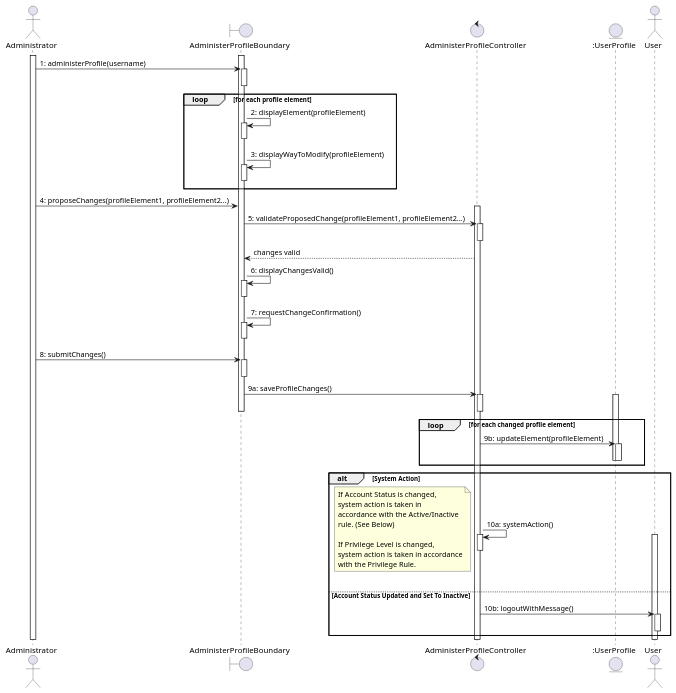
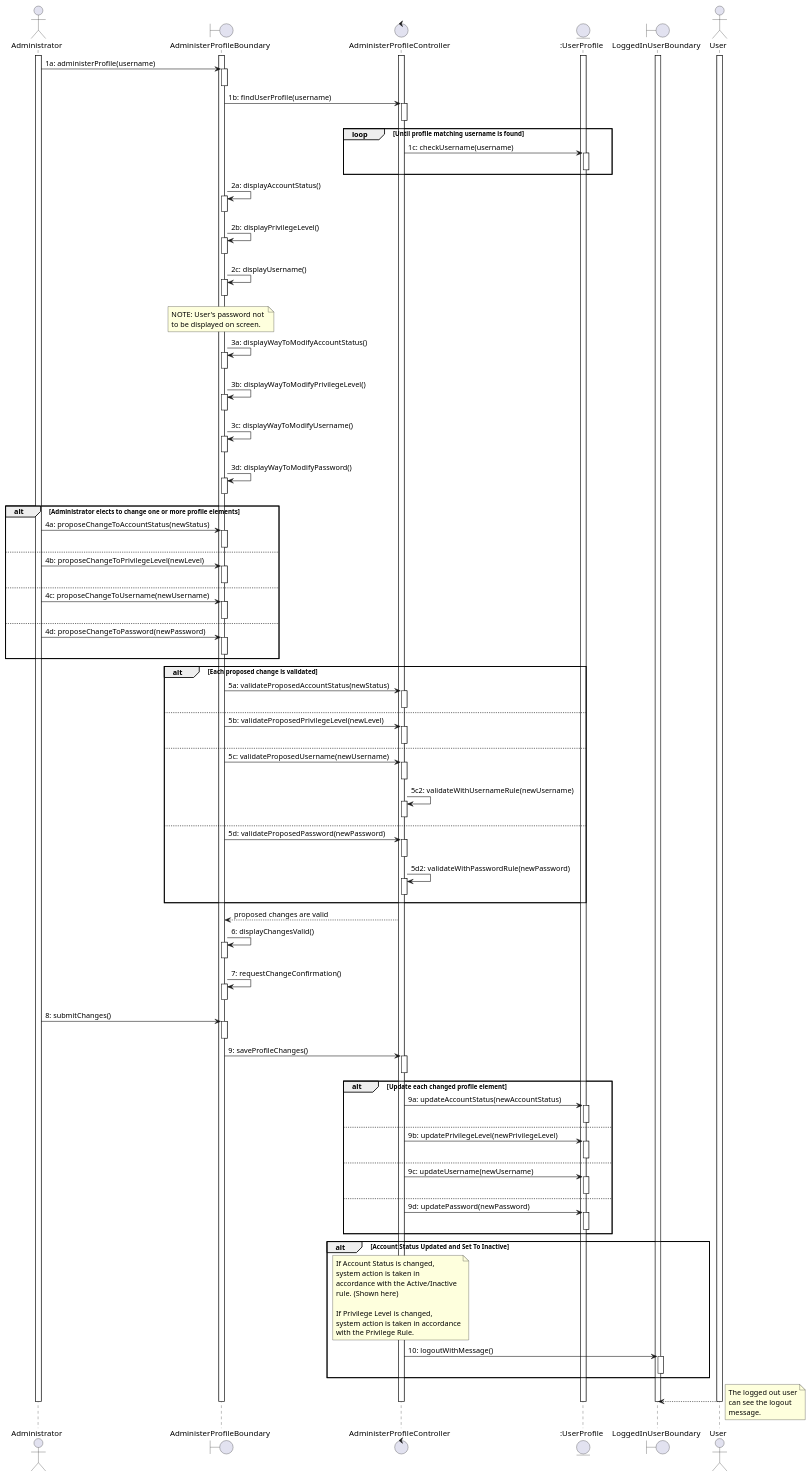
The diagram in docs/ooa/administer-user-profile/sequence.puml (Lorilandly/ESN), drawn with PlantUML before and after one commit. The commit also changed 1 other file, not shown here.

Commit message:
Add specific profile elements and rules

```diff
--- a/docs/ooa/administer-user-profile/sequence.puml
+++ b/docs/ooa/administer-user-profile/sequence.puml
@@ -1,77 +1,168 @@
 @startuml
 actor Administrator as a
 boundary AdministerProfileBoundary as ab
 control AdministerProfileController as ac
 entity ":UserProfile" as up
+boundary LoggedInUserBoundary as lu
 actor User as u
 
 activate a
 activate ab
-a -> ab: 1: administerProfile(username)
+activate ac
+activate up
+activate lu
+activate u
+
+a -> ab: 1a: administerProfile(username)
 activate ab
 deactivate ab
 
-loop for each profile element
-ab -> ab: 2: displayElement(profileElement)
+ab -> ac: 1b: findUserProfile(username)
+activate ac
+deactivate ac
+loop Until profile matching username is found
+ac -> up: 1c: checkUsername(username)
+activate up
+deactivate up
+end loop
+
+ab -> ab: 2a: displayAccountStatus()
 activate ab
 deactivate ab
-ab -> ab: 3: displayWayToModify(profileElement)
+
+ab -> ab: 2b: displayPrivilegeLevel()
 activate ab
 deactivate ab
-end loop
 
-a -> ab: 4: proposeChanges(profileElement1, profileElement2...)
-activate ac
-ab -> ac: 5: validateProposedChange(profileElement1, profileElement2...)
+ab -> ab: 2c: displayUsername()
+activate ab
+deactivate ab
+
+note over ab
+NOTE: User's password not 
+to be displayed on screen.
+end note
+
+ab -> ab: 3a: displayWayToModifyAccountStatus()
+activate ab
+deactivate ab
+
+ab -> ab: 3b: displayWayToModifyPrivilegeLevel()
+activate ab
+deactivate ab
+
+ab -> ab: 3c: displayWayToModifyUsername()
+activate ab
+deactivate ab
+
+ab -> ab: 3d: displayWayToModifyPassword()
+activate ab
+deactivate ab
+
+alt Administrator elects to change one or more profile elements
+a -> ab: 4a: proposeChangeToAccountStatus(newStatus)
+activate ab
+deactivate ab
+else
+a -> ab: 4b: proposeChangeToPrivilegeLevel(newLevel)
+activate ab
+deactivate ab
+else
+a -> ab: 4c: proposeChangeToUsername(newUsername)
+activate ab
+deactivate ab
+else
+a -> ab: 4d: proposeChangeToPassword(newPassword)
+activate ab
+deactivate ab
+end
+
+alt Each proposed change is validated
+ab -> ac: 5a: validateProposedAccountStatus(newStatus)
 activate ac
 deactivate ac
-ac --> ab: changes valid
+else
+ab -> ac: 5b: validateProposedPrivilegeLevel(newLevel)
+activate ac
+deactivate ac
+else
+ab -> ac: 5c: validateProposedUsername(newUsername)
+activate ac
+deactivate ac
+ac -> ac: 5c2: validateWithUsernameRule(newUsername)
+activate ac
+deactivate ac
+else
+ab -> ac: 5d: validateProposedPassword(newPassword)
+activate ac
+deactivate ac
+ac -> ac: 5d2: validateWithPasswordRule(newPassword)
+activate ac
+deactivate ac
+end
+
+ac --> ab: proposed changes are valid
 ab -> ab: 6: displayChangesValid()
 activate ab
 deactivate ab
 ab -> ab: 7: requestChangeConfirmation()
 activate ab
 deactivate ab
 
 a -> ab: 8: submitChanges()
 activate ab
 deactivate ab
-ab -> ac: 9a: saveProfileChanges()
+
+ab -> ac: 9: saveProfileChanges()
 activate ac
 deactivate ac
-deactivate ab
-loop for each changed profile element
-activate up
-ac -> up: 9b: updateElement(profileElement)
+
+alt  Update each changed profile element
+ac -> up: 9a: updateAccountStatus(newAccountStatus)
 activate up
 deactivate up
+else
+ac -> up: 9b: updatePrivilegeLevel(newPrivilegeLevel)
+activate up
 deactivate up
-end loop
+else
+ac -> up: 9c: updateUsername(newUsername)
+activate up
+deactivate up
+else
+ac -> up: 9d: updatePassword(newPassword)
+activate up
+deactivate up
+end
 
-alt System Action
-ac -> ac: 10a: systemAction()
-note left
+alt Account Status Updated and Set To Inactive
+note over ac
 If Account Status is changed,
 system action is taken in 
 accordance with the Active/Inactive
-rule. (See Below)
+rule. (Shown here)
 
 If Privilege Level is changed,
 system action is taken in accordance
 with the Privilege Rule.
 end note
-activate ac
-deactivate ac
 
-else Account Status Updated and Set To Inactive
-activate u
-ac -> u: 10b: logoutWithMessage()
-activate u
-deactivate u
+ac -> lu: 10: logoutWithMessage()
+activate lu
+deactivate lu
 end
+u --> lu
+note right
+The logged out user
+can see the logout 
+message.
+end note
+
+deactivate up
+deactivate ab
 deactivate u
 deactivate ac
-
+deactivate lu
 deactivate a
 
 @enduml
```
